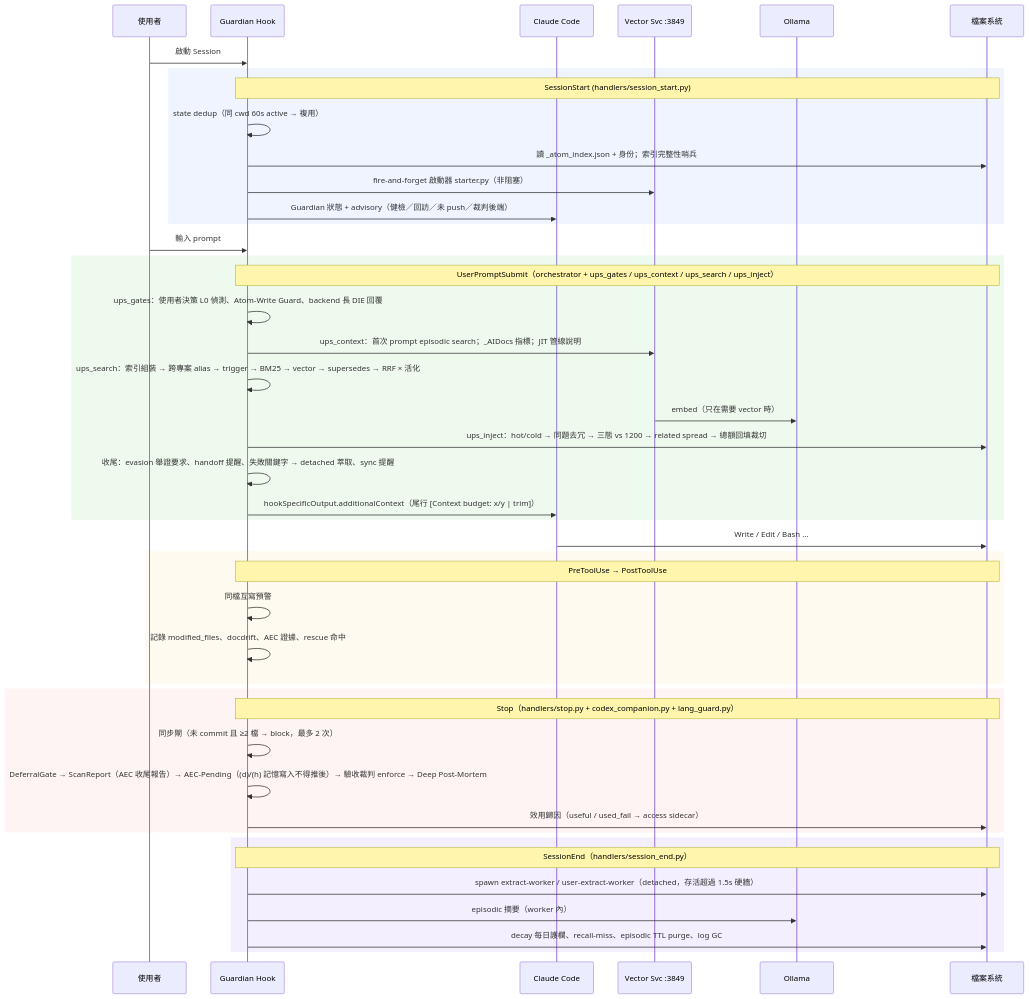
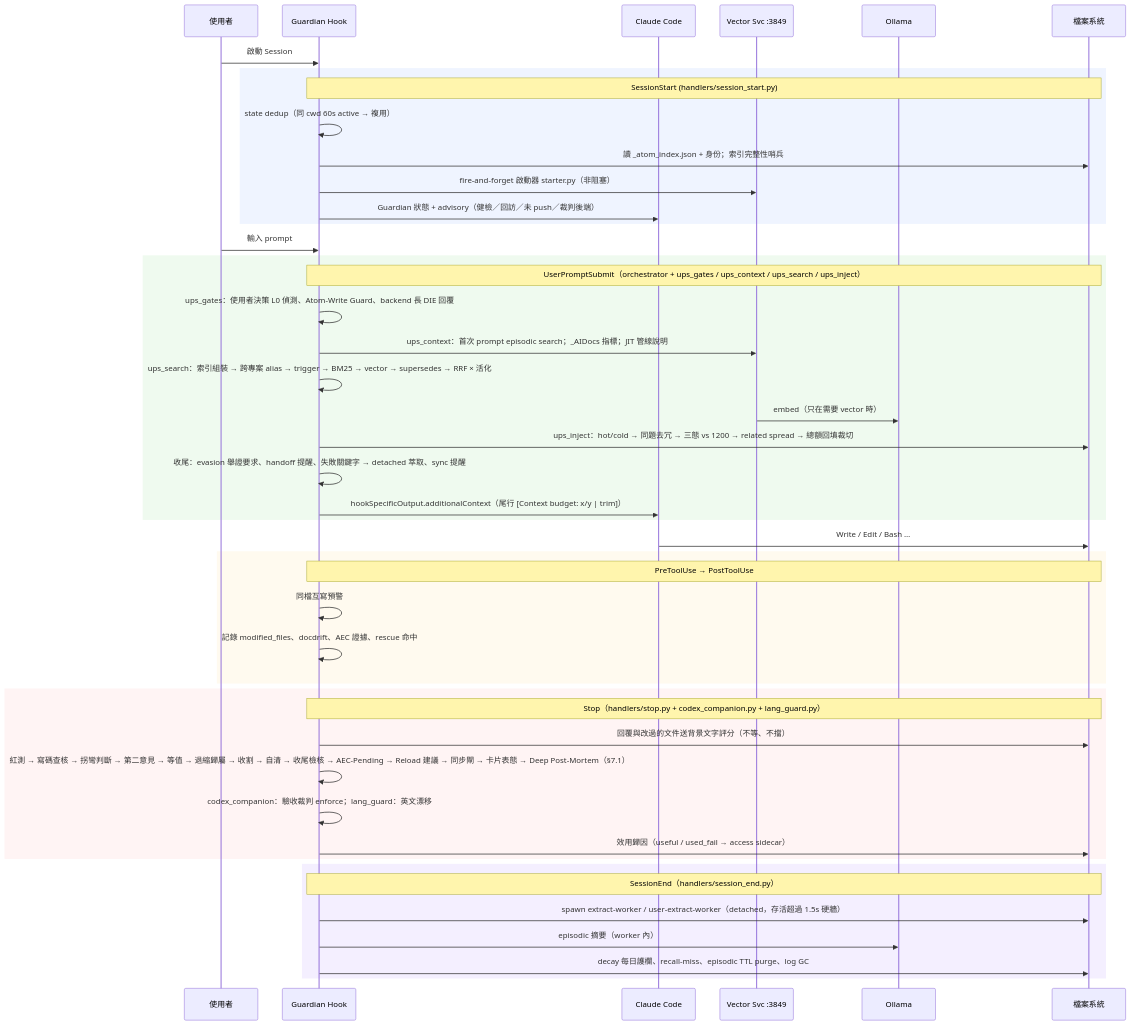
One commit to holylight1979/AtomicMemory-ClaudeCode changed the diagram in TECH.md. Above: the diagram before and after it, drawn with Mermaid. The commit also changed other lines of this file and 1 other file, not shown here.

````diff
--- a/TECH.md
+++ b/TECH.md
@@ -102,51 +108,52 @@
 ```mermaid
 sequenceDiagram
     participant U as 使用者
     participant G as Guardian Hook
     participant C as Claude Code
     participant V as Vector Svc :3849
     participant O as Ollama
     participant F as 檔案系統
 
     U->>G: 啟動 Session
     rect rgba(100,150,255,0.1)
         note over G,F: SessionStart (handlers/session_start.py)
         G->>G: state dedup（同 cwd 60s active → 複用）
         G->>F: 讀 _atom_index.json + 身份；索引完整性哨兵
         G->>V: fire-and-forget 啟動器 starter.py（非阻塞）
         G->>C: Guardian 狀態 + advisory（健檢／回訪／未 push／裁判後端）
     end
 
     U->>G: 輸入 prompt
     rect rgba(100,200,100,0.1)
         note over G,F: UserPromptSubmit（orchestrator + ups_gates / ups_context / ups_search / ups_inject）
         G->>G: ups_gates：使用者決策 L0 偵測、Atom-Write Guard、backend 長 DIE 回覆
         G->>V: ups_context：首次 prompt episodic search；_AIDocs 指標；JIT 管線說明
         G->>G: ups_search：索引組裝 → 跨專案 alias → trigger → BM25 → vector → supersedes → RRF × 活化
         V->>O: embed（只在需要 vector 時）
         G->>F: ups_inject：hot/cold → 同題去冗 → 三態 vs 1200 → related spread → 總額回填裁切
         G->>G: 收尾：evasion 舉證要求、handoff 提醒、失敗關鍵字 → detached 萃取、sync 提醒
         G->>C: hookSpecificOutput.additionalContext（尾行 [Context budget: x/y | trim]）
     end
 
     C->>F: Write / Edit / Bash …
     rect rgba(255,200,100,0.1)
         note over G,F: PreToolUse → PostToolUse
         G->>G: 同檔互寫預警
         G->>G: 記錄 modified_files、docdrift、AEC 證據、rescue 命中
     end
 
     rect rgba(255,150,150,0.1)
         note over G,F: Stop（handlers/stop.py + codex_companion.py + lang_guard.py）
-        G->>G: 同步閘（未 commit 且 ≥2 檔 → block，最多 2 次）
-        G->>G: DeferralGate → ScanReport（AEC 收尾報告）→ AEC-Pending（(d)/(h) 記憶寫入不得推後）→ 驗收裁判 enforce → Deep Post-Mortem
+        G->>F: 回覆與改過的文件送背景文字評分（不等、不擋）
+        G->>G: 紅測 → 寫碼查核 → 拐彎判斷 → 第二意見 → 等值 → 退縮歸屬 → 收割 → 自清 → 收尾檢核 → AEC-Pending → Reload 建議 → 同步閘 → 卡片表態 → Deep Post-Mortem（§7.1）
+        G->>G: codex_companion：驗收裁判 enforce；lang_guard：英文漂移
         G->>F: 效用歸因（useful / used_fail → access sidecar）
     end
 
     rect rgba(150,100,255,0.1)
         note over G,F: SessionEnd（handlers/session_end.py）
         G->>F: spawn extract-worker / user-extract-worker（detached，存活超過 1.5s 硬牆）
         G->>O: episodic 摘要（worker 內）
         G->>F: decay 每日護欄、recall-miss、episodic TTL purge、log GC
     end
 ```
````
